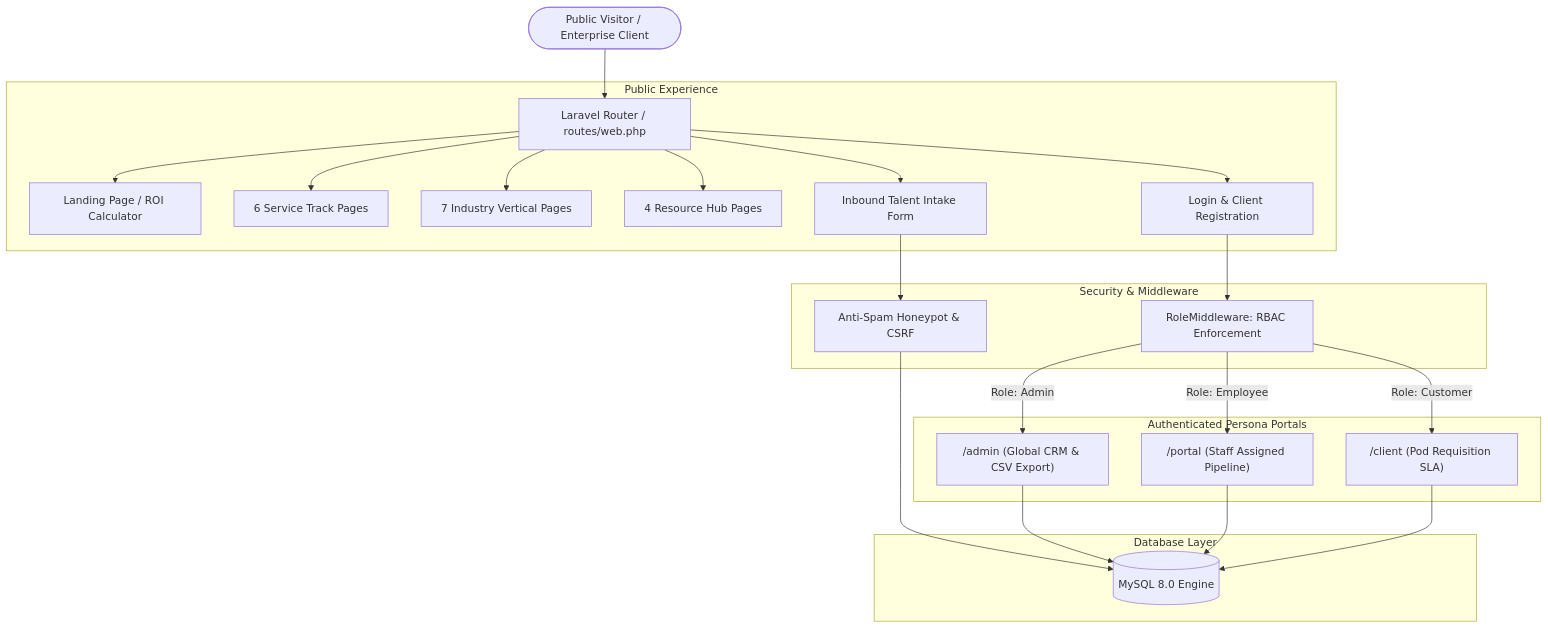
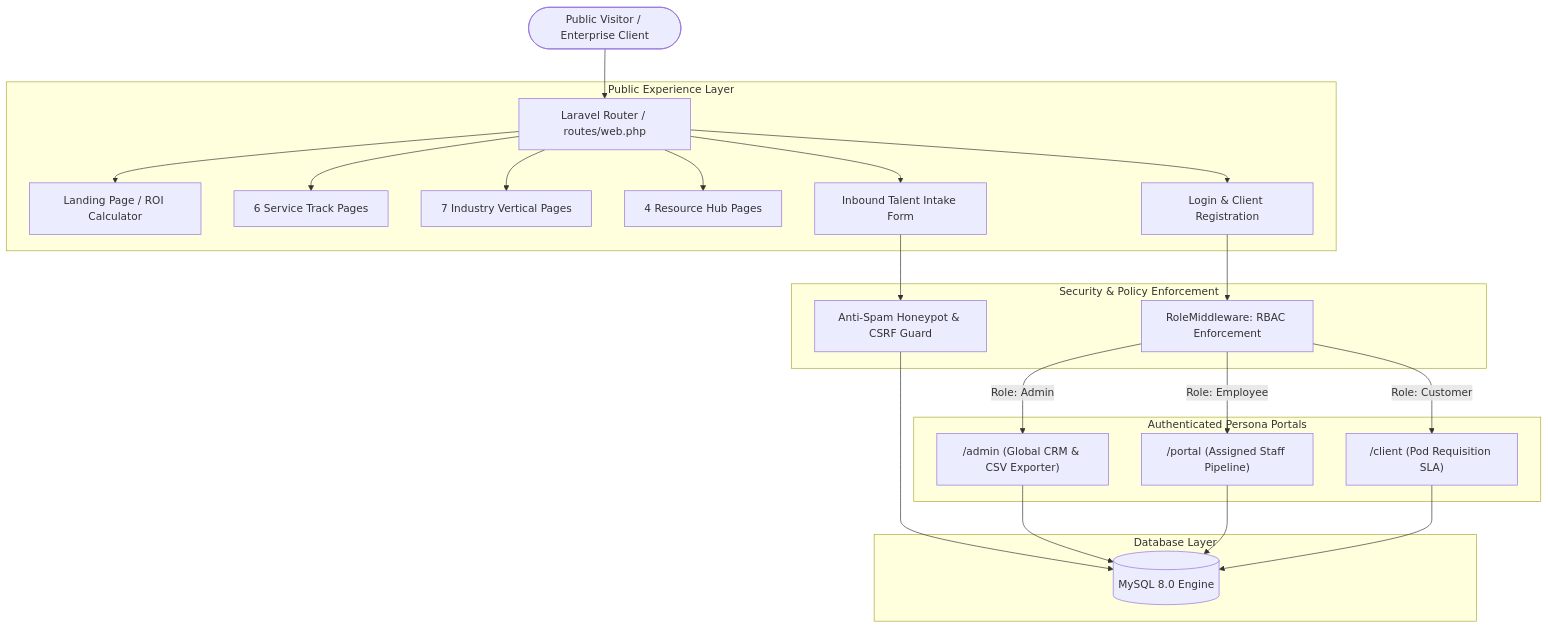
One commit to TheMehediHQ/NileBridge-Global-Services changed the diagram in PROJECT_OVERVIEW.md. Above: the diagram before and after it, drawn with Mermaid. The commit also changed other lines of this file and 2 other files, not shown here.

Commit message:
docs: convert all documentation to 100% professional English for global enterprise clients

````diff
--- a/PROJECT_OVERVIEW.md
+++ b/PROJECT_OVERVIEW.md
@@ -102,31 +100,31 @@
 ```mermaid
 graph TD
     User([Public Visitor / Enterprise Client]) --> WebRoutes[Laravel Router / routes/web.php]
     
-    subgraph Public Experience
+    subgraph Public Experience Layer
         WebRoutes --> Landing[Landing Page / ROI Calculator]
         WebRoutes --> Services[6 Service Track Pages]
         WebRoutes --> Industries[7 Industry Vertical Pages]
         WebRoutes --> Resources[4 Resource Hub Pages]
         WebRoutes --> LeadForm[Inbound Talent Intake Form]
         WebRoutes --> AuthGate[Login & Client Registration]
     end
 
-    subgraph Security & Middleware
-        LeadForm --> Honeypot[Anti-Spam Honeypot & CSRF]
+    subgraph Security & Policy Enforcement
+        LeadForm --> Honeypot[Anti-Spam Honeypot & CSRF Guard]
         AuthGate --> RoleMiddleware[RoleMiddleware: RBAC Enforcement]
     end
 
     subgraph Authenticated Persona Portals
-        RoleMiddleware -->|Role: Admin| AdminPortal["/admin (Global CRM & CSV Export)"]
-        RoleMiddleware -->|Role: Employee| EmployeePortal["/portal (Staff Assigned Pipeline)"]
+        RoleMiddleware -->|Role: Admin| AdminPortal["/admin (Global CRM & CSV Exporter)"]
+        RoleMiddleware -->|Role: Employee| EmployeePortal["/portal (Assigned Staff Pipeline)"]
         RoleMiddleware -->|Role: Customer| ClientPortal["/client (Pod Requisition SLA)"]
     end
 
     subgraph Database Layer
         Honeypot --> DB[(MySQL 8.0 Engine)]
         AdminPortal --> DB
         EmployeePortal --> DB
         ClientPortal --> DB
     end
 ```
````
